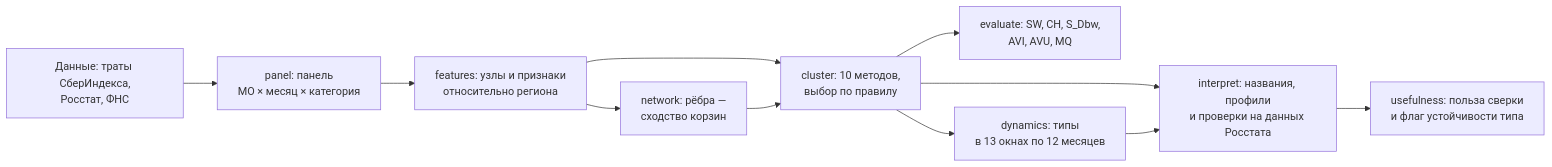
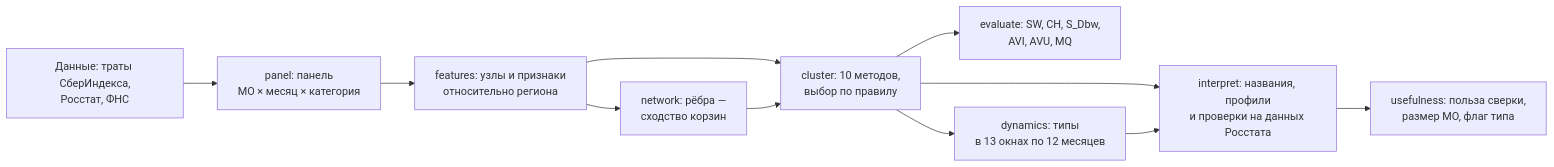
Before and after one commit to nik0mir/sberindex: the diagram in report/report.md, drawn with Mermaid. The commit also changed other lines of this file and 2 other files, not shown here.

First line of the commit message:
Отчёт: проверка «польза и тип МО» (confirmed) и разведка по размеру — два совета по размеру

````diff
--- a/report/report.md
+++ b/report/report.md
@@ -7,13 +7,13 @@
 ```mermaid
 flowchart LR
     D["Данные: траты СберИндекса,<br>Росстат, ФНС"] --> P["panel: панель<br>МО × месяц × категория"]
     P --> F["features: узлы и признаки<br>относительно региона"]
     F --> N["network: рёбра —<br>сходство корзин"]
     F --> C["cluster: 10 методов,<br>выбор по правилу"]
     N --> C
     C --> E["evaluate: SW, CH, S_Dbw,<br>AVI, AVU, MQ"]
     C --> Y["dynamics: типы<br>в 13 окнах по 12 месяцев"]
     C --> I["interpret: названия, профили<br>и проверки на данных Росстата"]
     Y --> I
-    I --> U["usefulness: польза сверки<br>и флаг устойчивости типа"]
+    I --> U["usefulness: польза сверки,<br>размер МО, флаг типа"]
 ```
````
